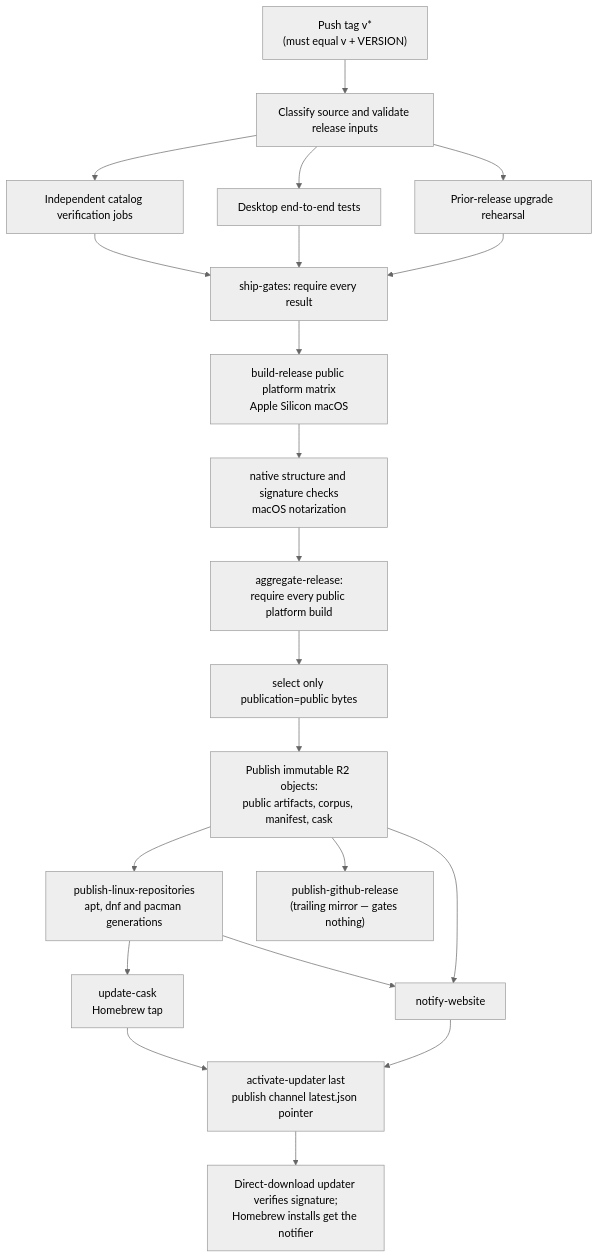
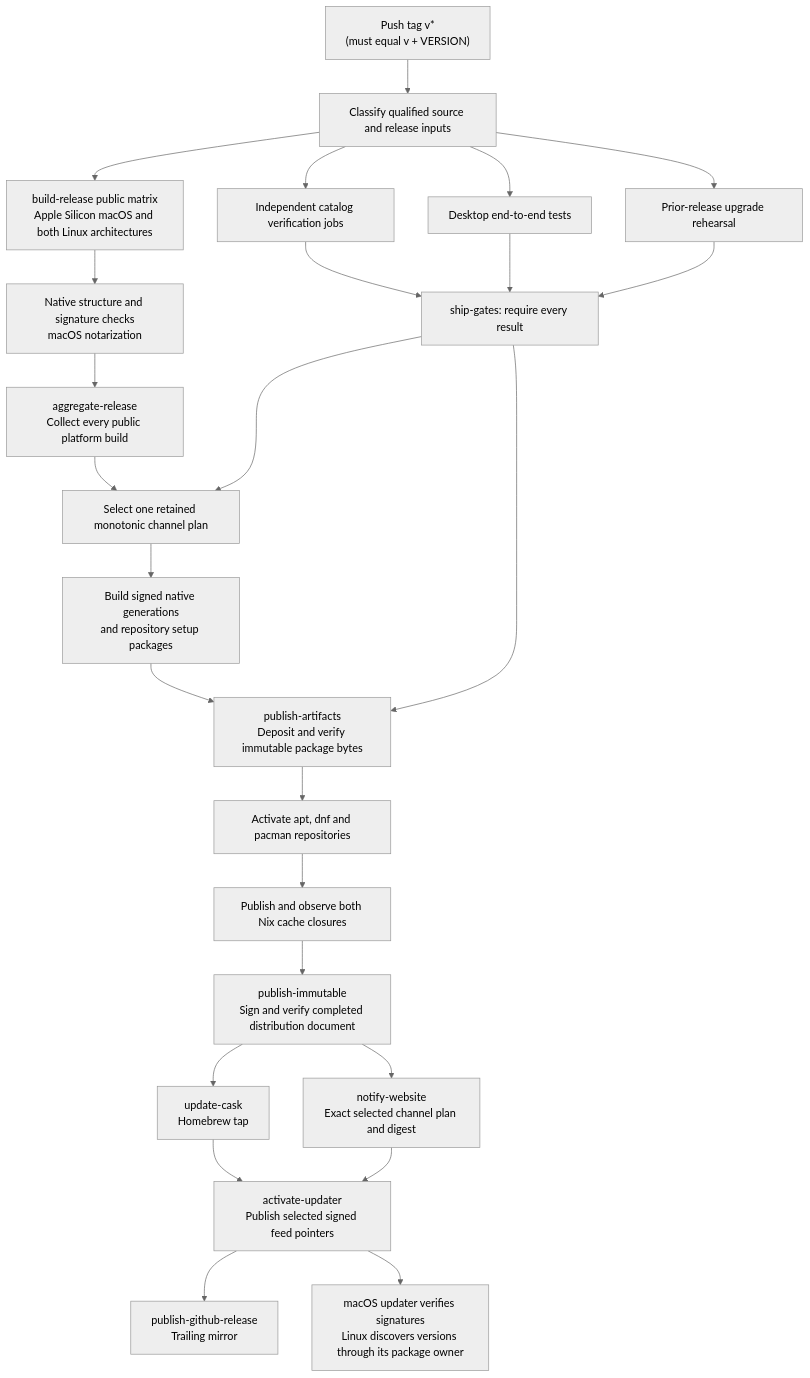
One commit to paintedwolf-ai/paintedwolf-code changed the diagram in docs/dev-tasks.md. Above: the diagram before and after it, drawn with Mermaid (neutral theme). The commit also changed other lines of this file and 109 other files, not shown here.

````diff
--- a/docs/dev-tasks.md
+++ b/docs/dev-tasks.md
@@ -1039,23 +1045,27 @@
 ```mermaid
 flowchart TD
-    tag["Push tag v*<br/>(must equal v + VERSION)"] --> preflight["Classify source and validate release inputs"]
-    preflight --> checks["Independent catalog verification jobs"]
-    preflight --> desktop["Desktop end-to-end tests"]
-    preflight --> upgrade["Prior-release upgrade rehearsal"]
+    tag["Push tag v*<br/>(must equal v + VERSION)"] --> classify["Classify qualified source and release inputs"]
+    classify --> checks["Independent catalog verification jobs"]
+    classify --> desktop["Desktop end-to-end tests"]
+    classify --> upgrade["Prior-release upgrade rehearsal"]
     checks --> gates["ship-gates: require every result"]
     desktop --> gates
     upgrade --> gates
-    gates --> bundle["build-release public platform matrix<br/>Apple Silicon macOS"]
-    bundle --> verify["native structure and signature checks<br/>macOS notarization"]
-    verify --> aggregate["aggregate-release:<br/>require every public platform build"]
-    aggregate --> boundary["select only publication=public bytes"]
-    boundary --> r2["Publish immutable R2 objects:<br/>public artifacts, corpus, manifest, cask"]
-    r2 --> linux["publish-linux-repositories<br/>apt, dnf and pacman generations"]
-    linux --> cask["update-cask<br/>Homebrew tap"]
-    linux --> www
-    r2 --> mirror["publish-github-release<br/>(trailing mirror — gates nothing)"]
-    r2 --> www["notify-website"]
-    cask --> activate["activate-updater last<br/>publish channel latest.json pointer"]
-    www --> activate
-    activate --> clients["Direct-download updater verifies signature;<br/>Homebrew installs get the notifier"]
+    classify --> build["build-release public matrix<br/>Apple Silicon macOS and both Linux architectures"]
+    build --> verify["Native structure and signature checks<br/>macOS notarization"]
+    verify --> aggregate["aggregate-release<br/>Collect every public platform build"]
+    aggregate --> plan["Select one retained monotonic channel plan"]
+    gates --> plan
+    plan --> setup["Build signed native generations<br/>and repository setup packages"]
+    setup --> deposit["publish-artifacts<br/>Deposit and verify immutable package bytes"]
+    gates --> deposit
+    deposit --> native["Activate apt, dnf and pacman repositories"]
+    native --> nix["Publish and observe both Nix cache closures"]
+    nix --> document["publish-immutable<br/>Sign and verify completed distribution document"]
+    document --> cask["update-cask<br/>Homebrew tap"]
+    document --> website["notify-website<br/>Exact selected channel plan and digest"]
+    cask --> updater["activate-updater<br/>Publish selected signed feed pointers"]
+    website --> updater
+    updater --> mirror["publish-github-release<br/>Trailing mirror"]
+    updater --> clients["macOS updater verifies signatures<br/>Linux discovers versions through its package owner"]
 ```
````
